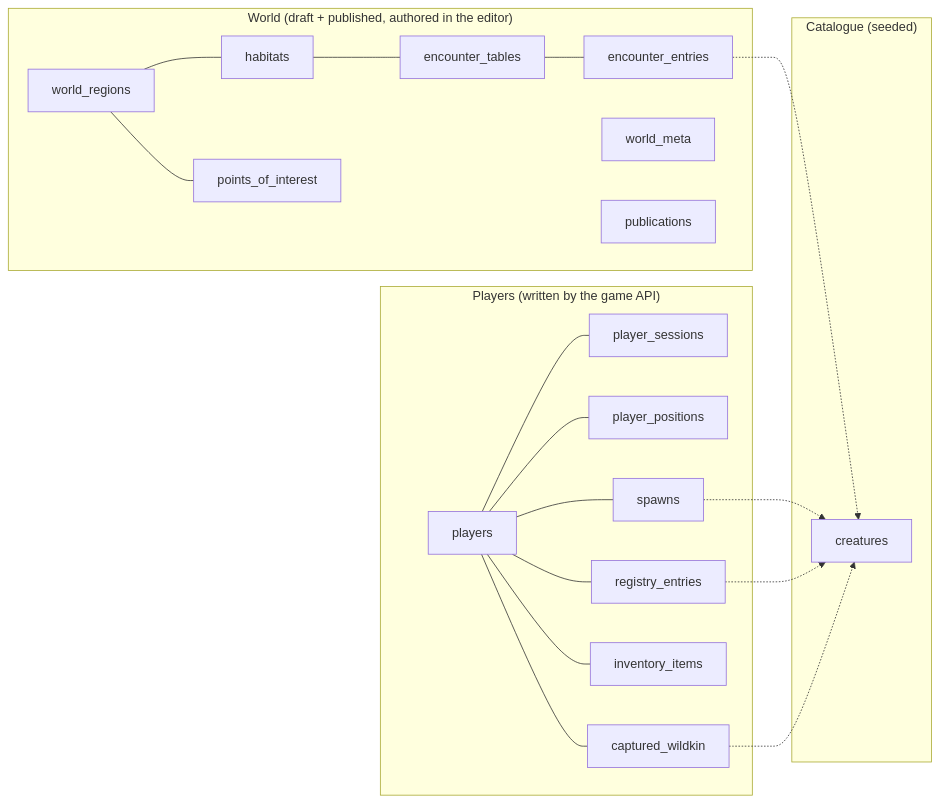
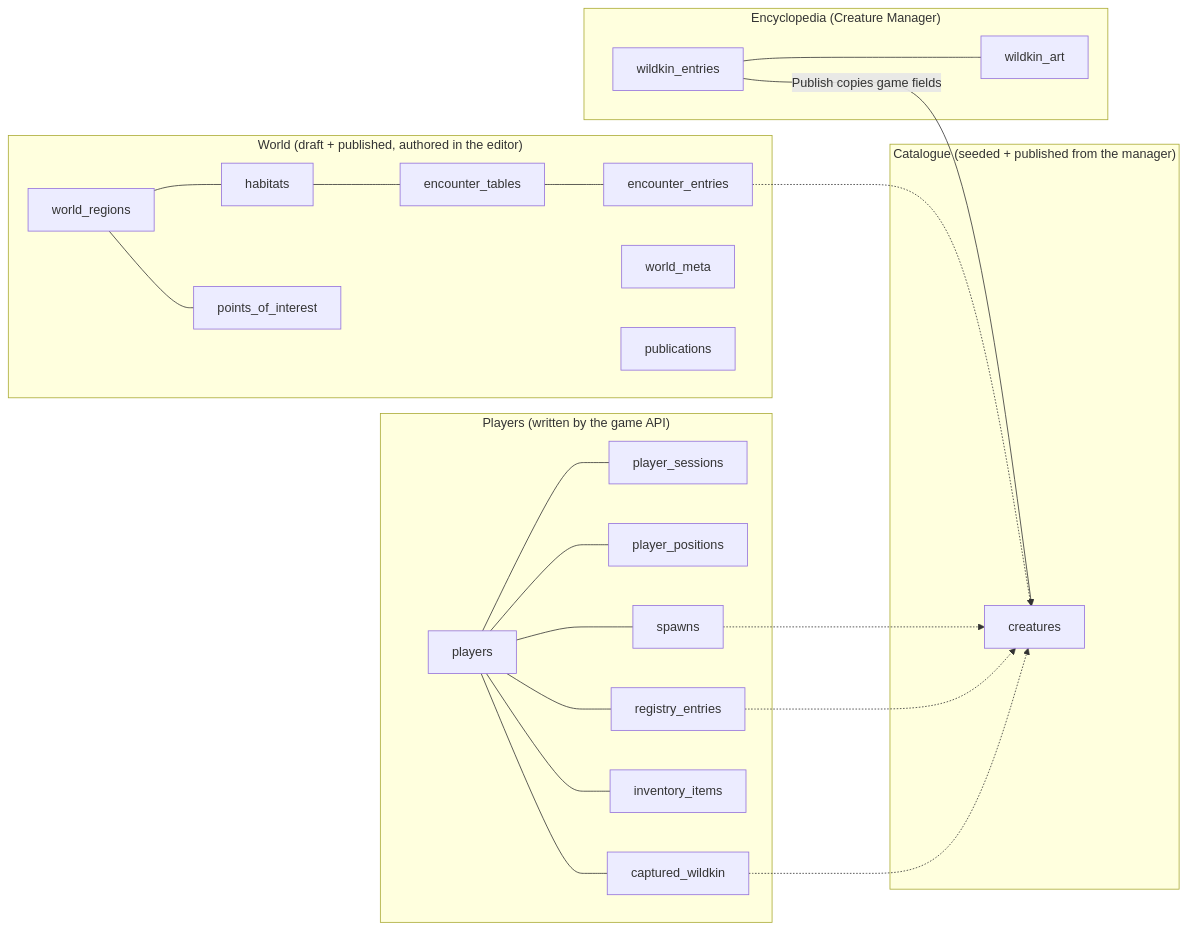
One commit to samceracas/wildbound changed the second of 5 diagrams in docs/03-database.md. Above: the diagram before and after it, drawn with Mermaid. The commit also changed other lines of this file and 8 other files, not shown here.

````diff
--- a/docs/03-database.md
+++ b/docs/03-database.md
@@ -185,24 +210,28 @@
 ```mermaid
 flowchart LR
-    subgraph cat["Catalogue (seeded)"]
+    subgraph enc["Encyclopedia (Creature Manager)"]
+        wildkin_entries --- wildkin_art
+    end
+    subgraph cat["Catalogue (seeded + published from the manager)"]
         creatures
     end
+    wildkin_entries -- "Publish copies game fields" --> creatures
     subgraph world["World (draft + published, authored in the editor)"]
         world_regions --- habitats --- encounter_tables --- encounter_entries
         world_regions --- points_of_interest
         world_meta
         publications
     end
     subgraph player["Players (written by the game API)"]
         players --- player_sessions
         players --- player_positions
         players --- spawns
         players --- registry_entries
         players --- inventory_items
         players --- captured_wildkin
     end
     encounter_entries -.-> creatures
     spawns -.-> creatures
     registry_entries -.-> creatures
     captured_wildkin -.-> creatures
 ```
````
